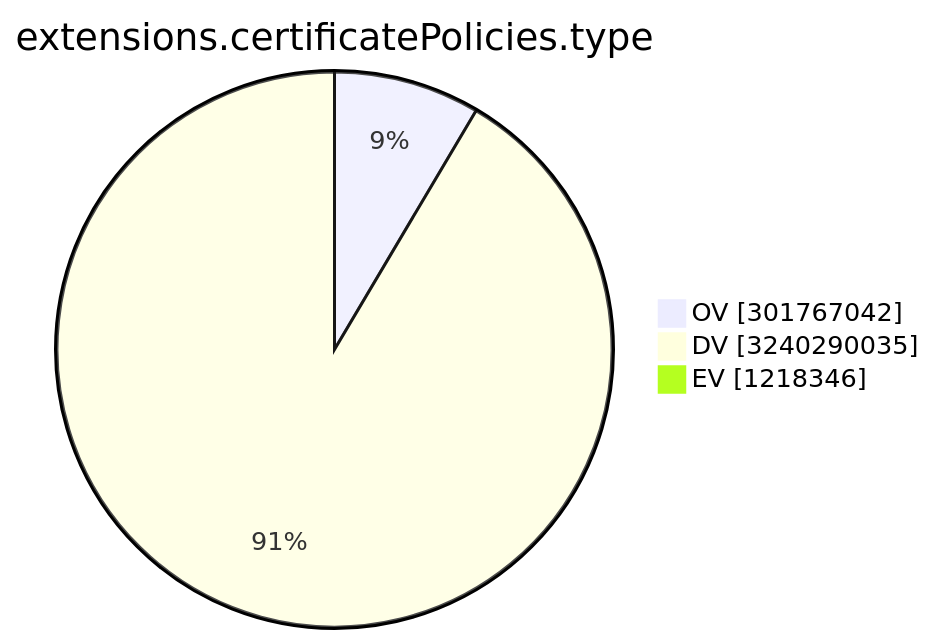
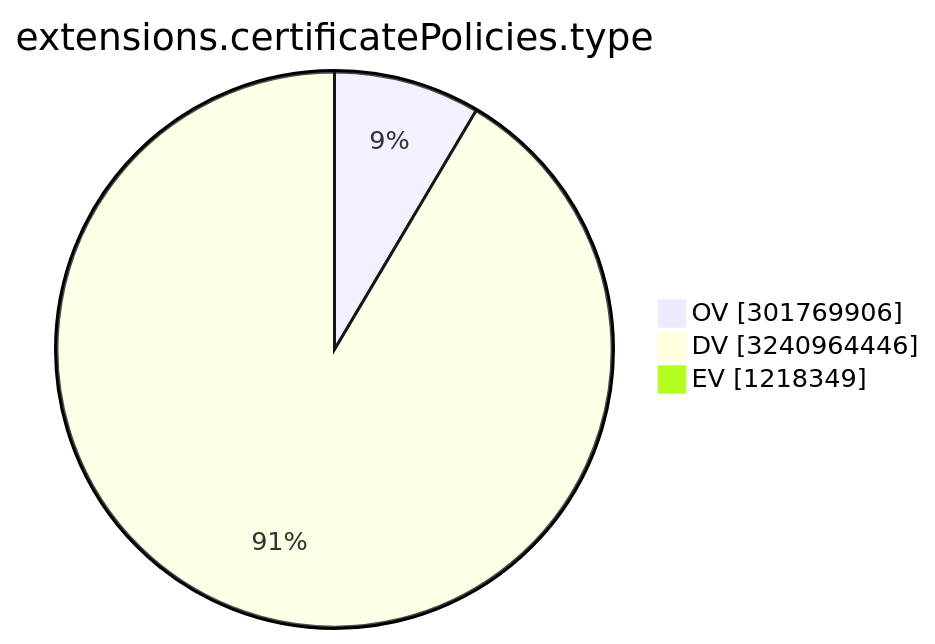
One commit to christiankrug/ctmonitor_visualization changed the ninth of 15 diagrams in TOTAL/README.md. Above: the diagram before and after it, drawn with Mermaid. The commit also changed other lines of this file, not shown here.

````diff
--- a/TOTAL/README.md
+++ b/TOTAL/README.md
@@ -3107,7 +3107,7 @@
 ```mermaid
 pie showData
 title extensions.certificatePolicies.type
-"OV" :301767042
-"DV" :3240290035
-"EV" :1218346
+"OV" :301769906
+"DV" :3240964446
+"EV" :1218349
 ```
````
